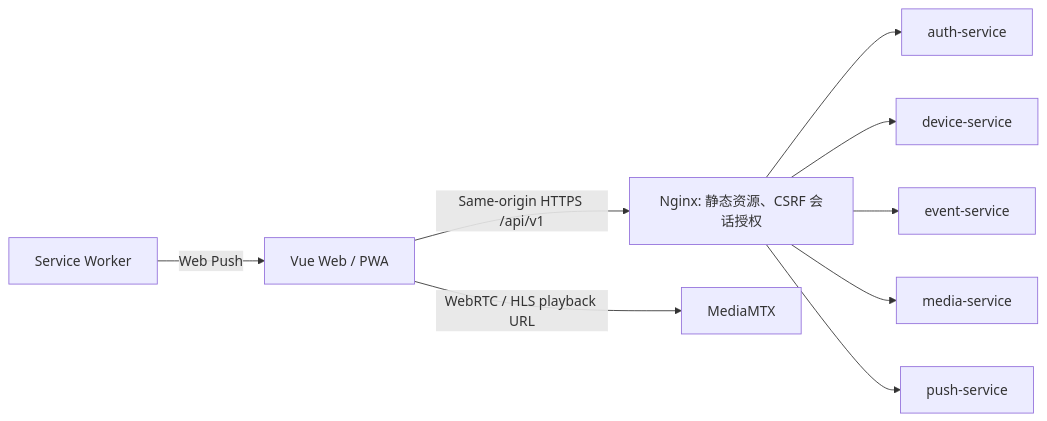
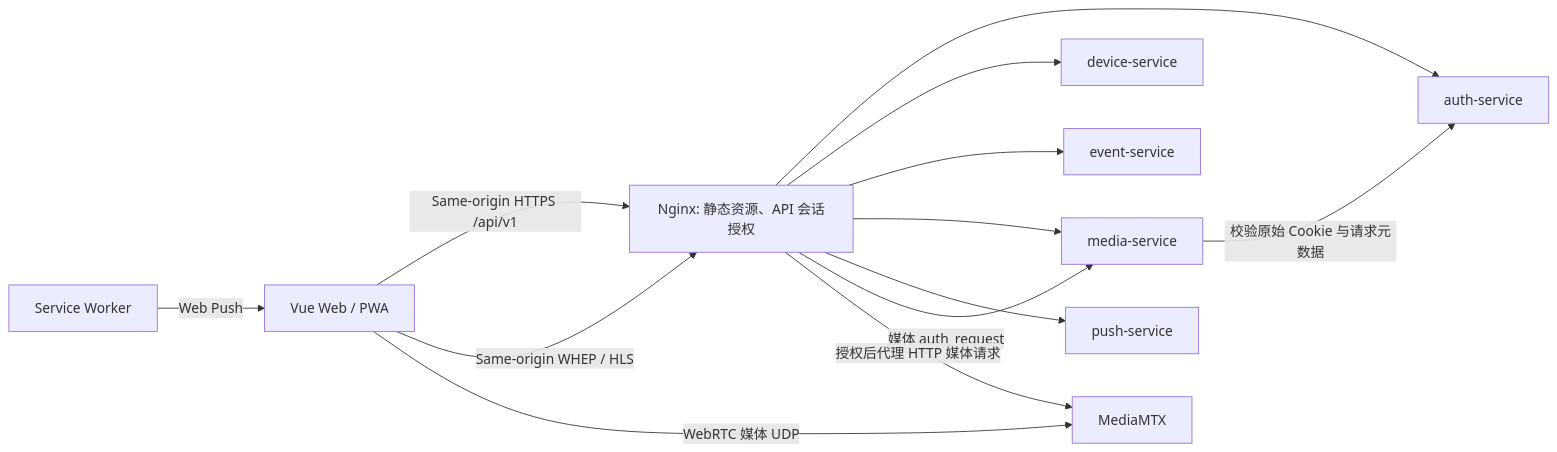
Before and after one commit to milo-ally-open/MicroVisSpec: the diagram in project/docs/Specification/web_pwa_client/design.md, drawn with Mermaid. The commit also changed other lines of this file and 57 other files, not shown here.

````diff
--- a/project/docs/Specification/web_pwa_client/design.md
+++ b/project/docs/Specification/web_pwa_client/design.md
@@ -15,11 +15,15 @@
 ```mermaid
 flowchart LR
-  Browser[Vue Web / PWA] -->|Same-origin HTTPS /api/v1| Nginx[Nginx: 静态资源、CSRF 会话授权]
+  Browser[Vue Web / PWA] -->|Same-origin HTTPS /api/v1| Nginx[Nginx: 静态资源、API 会话授权]
   Nginx --> Auth[auth-service]
   Nginx --> Device[device-service]
   Nginx --> Event[event-service]
   Nginx --> Media[media-service]
   Nginx --> Push[push-service]
-  Browser -->|WebRTC / HLS playback URL| MediaPlane[MediaMTX]
+  Browser -->|Same-origin WHEP / HLS| Nginx
+  Nginx -->|媒体 auth_request| Media[media-service]
+  Media -->|校验原始 Cookie 与请求元数据| Auth
+  Nginx -->|授权后代理 HTTP 媒体请求| MediaPlane[MediaMTX]
+  Browser -->|WebRTC 媒体 UDP| MediaPlane
   SW[Service Worker] -->|Web Push| Browser
 ```
````
